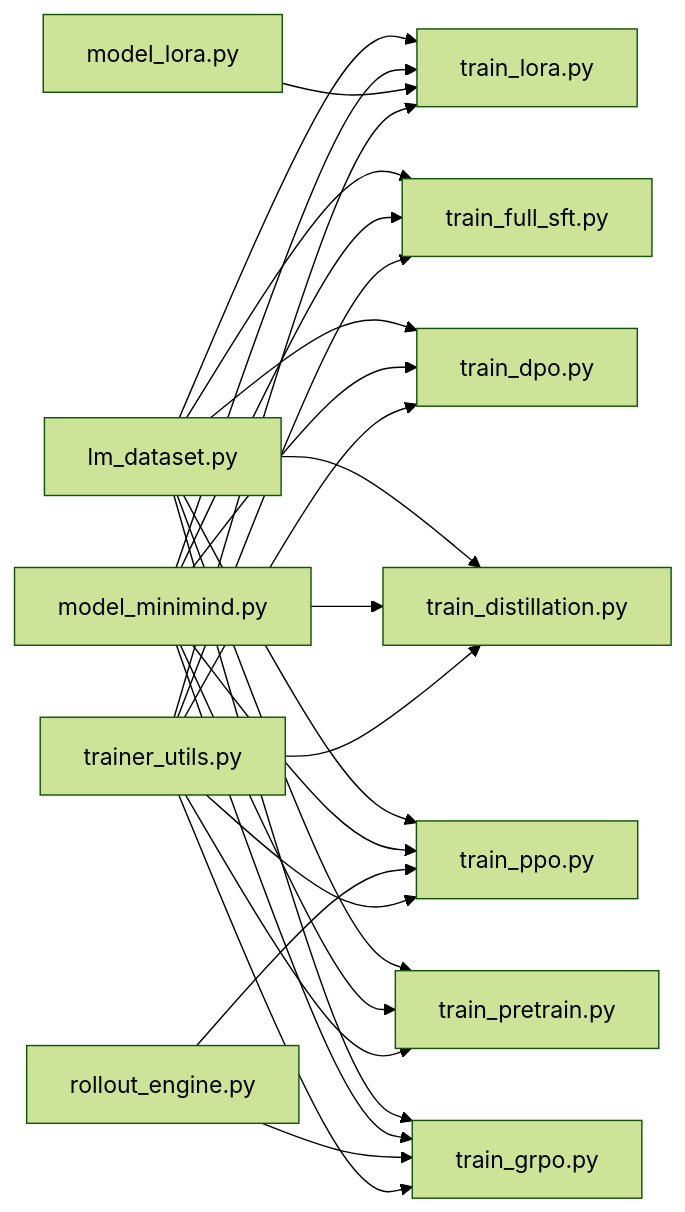
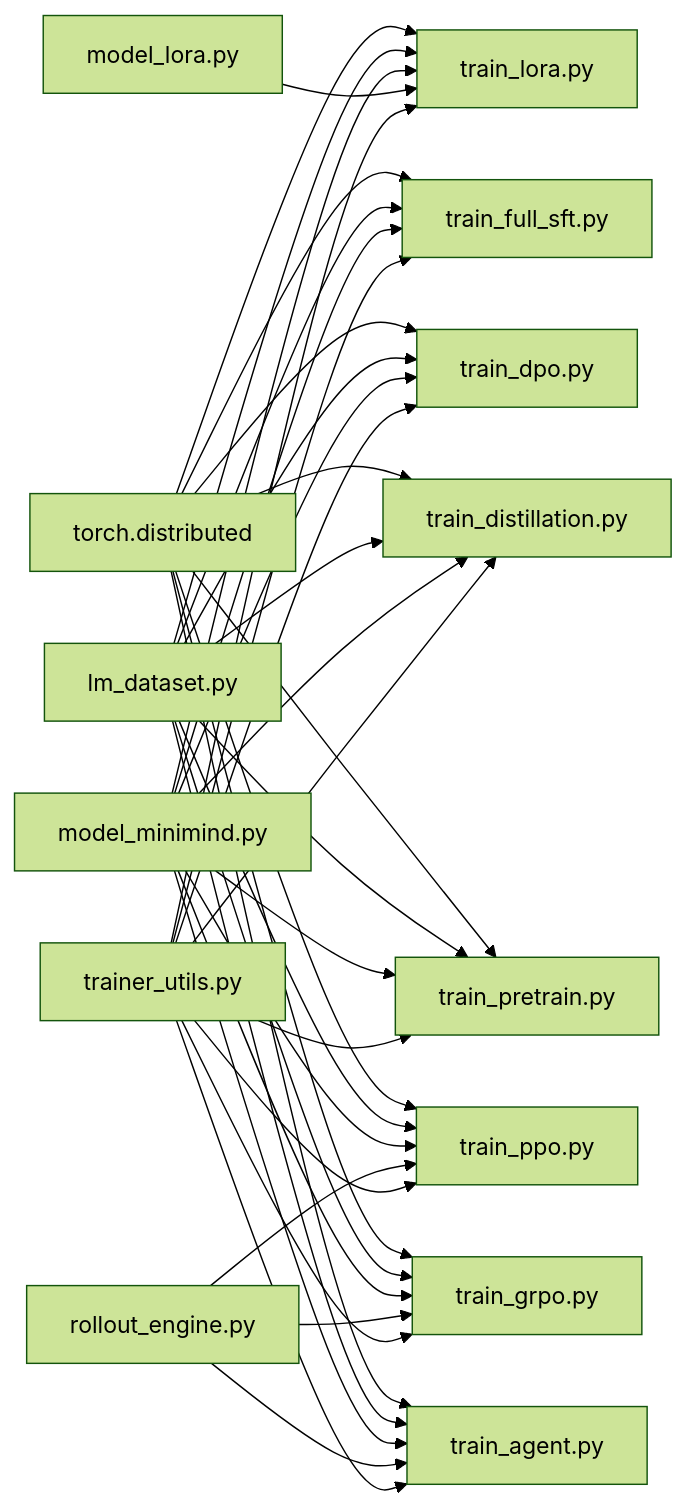
Before and after one commit to haolange/minimind: diagram 15 of 15 in .qoder/repowiki/zh/content/训练算法实现/训练工具与实用程序.md, drawn with Mermaid (forest theme). The commit also changed other lines of this file and 3 other files, not shown here.

````diff
--- a/.qoder/repowiki/zh/content/训练算法实现/训练工具与实用程序.md
+++ b/.qoder/repowiki/zh/content/训练算法实现/训练工具与实用程序.md
@@ -471,27 +518,39 @@
 ```mermaid
 graph LR
 TU["trainer_utils.py"] --> SF["train_full_sft.py"]
 TU --> SL["train_lora.py"]
 TU --> DD["train_dpo.py"]
 TU --> PP["train_ppo.py"]
 TU --> GR["train_grpo.py"]
 TU --> DI["train_distillation.py"]
 TU --> PR["train_pretrain.py"]
+TU --> AG["train_agent.py"]
 RE["rollout_engine.py"] --> PP
 RE --> GR
+RE --> AG
 ML["model_lora.py"] --> SL
 MD["model_minimind.py"] --> SF
 MD --> SL
 MD --> DD
 MD --> PP
 MD --> GR
 MD --> DI
 MD --> PR
+MD --> AG
 DS["lm_dataset.py"] --> SF
 DS --> SL
 DS --> DD
 DS --> PP
 DS --> GR
 DS --> DI
 DS --> PR
+DS --> AG
+DIST["torch.distributed"] --> SF
+DIST --> SL
+DIST --> DD
+DIST --> PP
+DIST --> GR
+DIST --> DI
+DIST --> PR
+DIST --> AG
 ```
````
